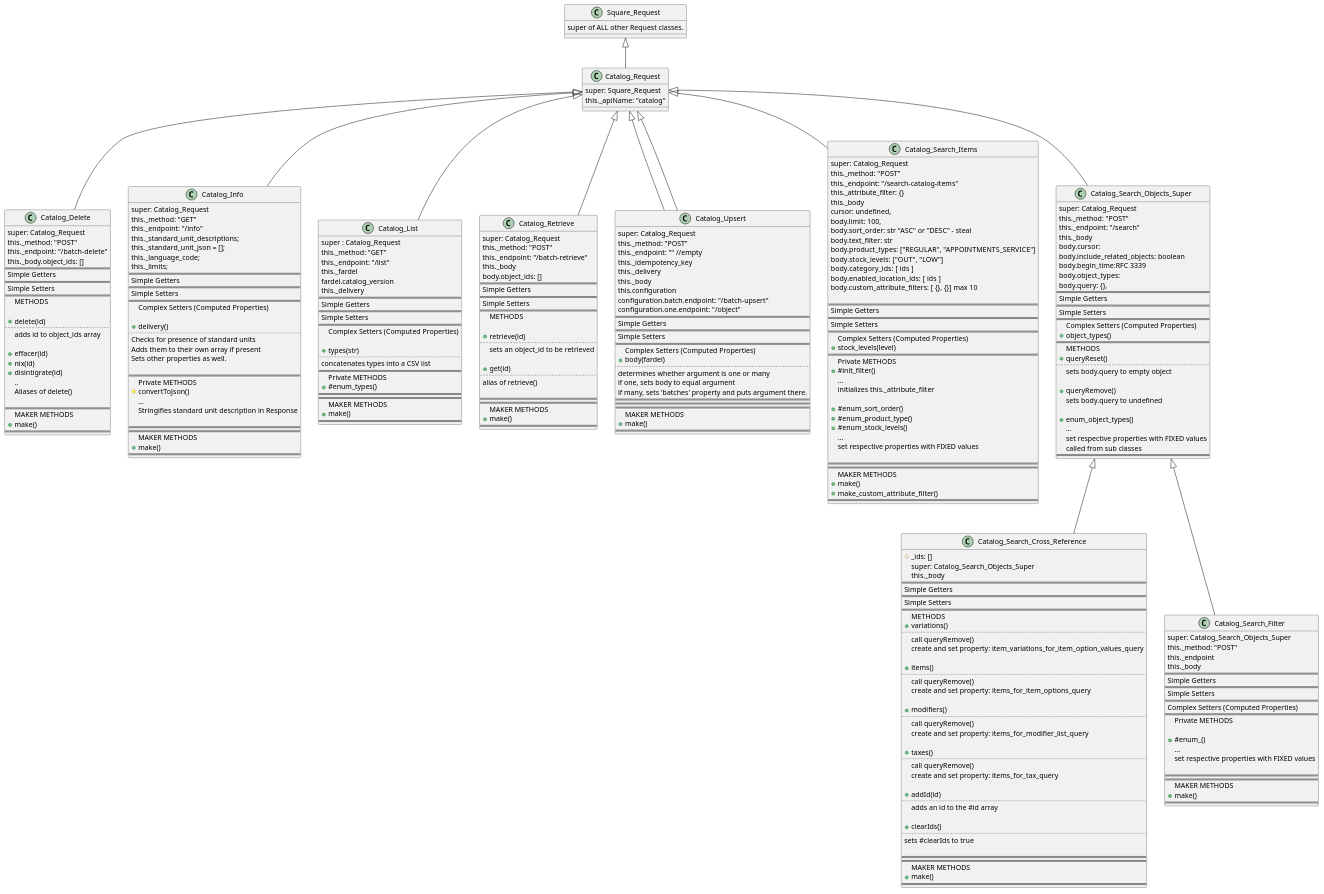
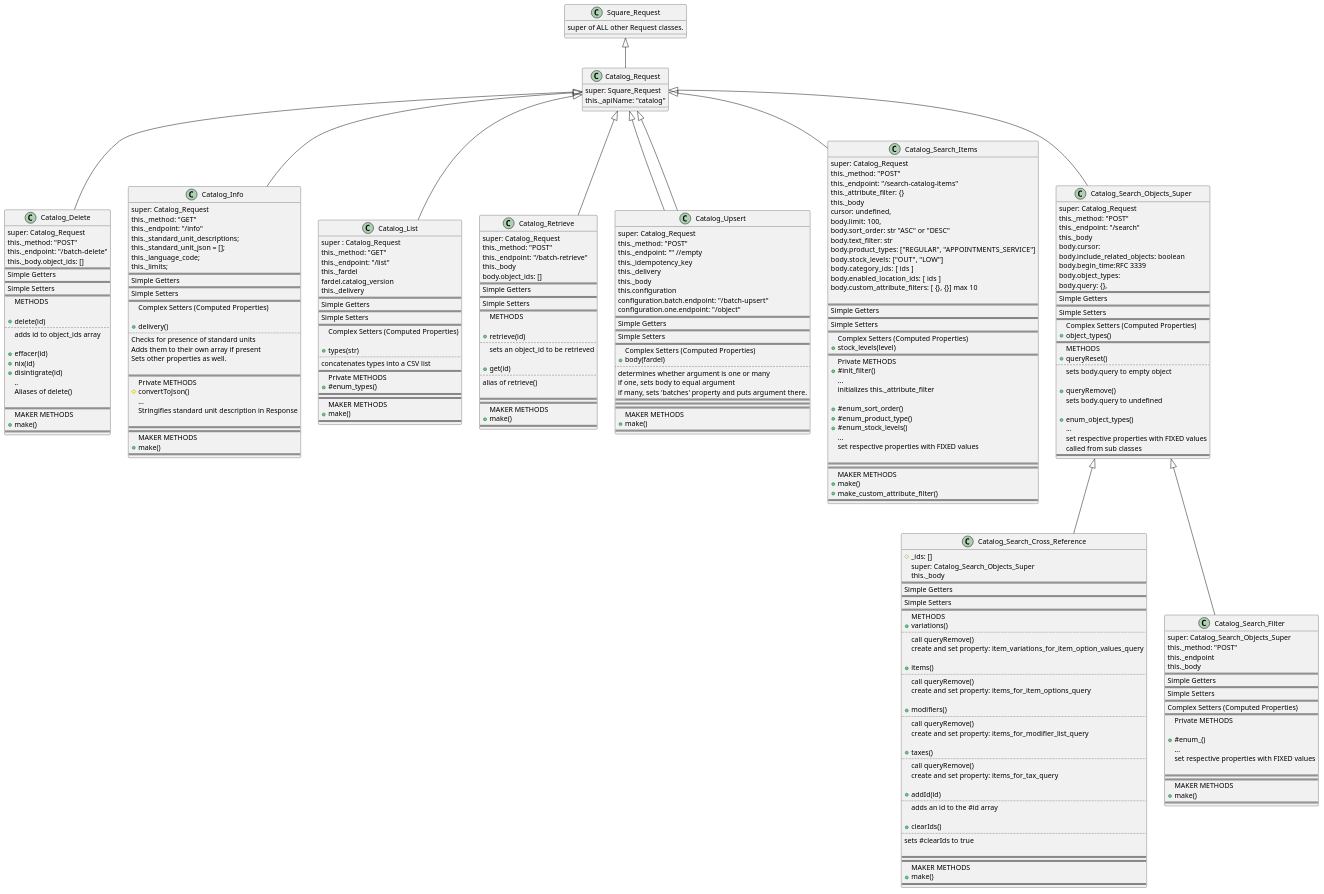
Before and after one commit to TwoFistedJustice/square-pie: the diagram in docs/uml/catalog_request_pie.puml, drawn with PlantUML.

Commit message:
fix: delete out of place word

```diff
--- a/docs/uml/catalog_request_pie.puml
+++ b/docs/uml/catalog_request_pie.puml
@@ -147,7 +147,7 @@
 this._body
 cursor: undefined,
 body.limit: 100,
-body.sort_order: str "ASC" or "DESC" - steal
+body.sort_order: str "ASC" or "DESC"
 body.text_filter: str
 body.product_types:  ["REGULAR", "APPOINTMENTS_SERVICE"]
 body.stock_levels:  ["OUT", "LOW"]
```
